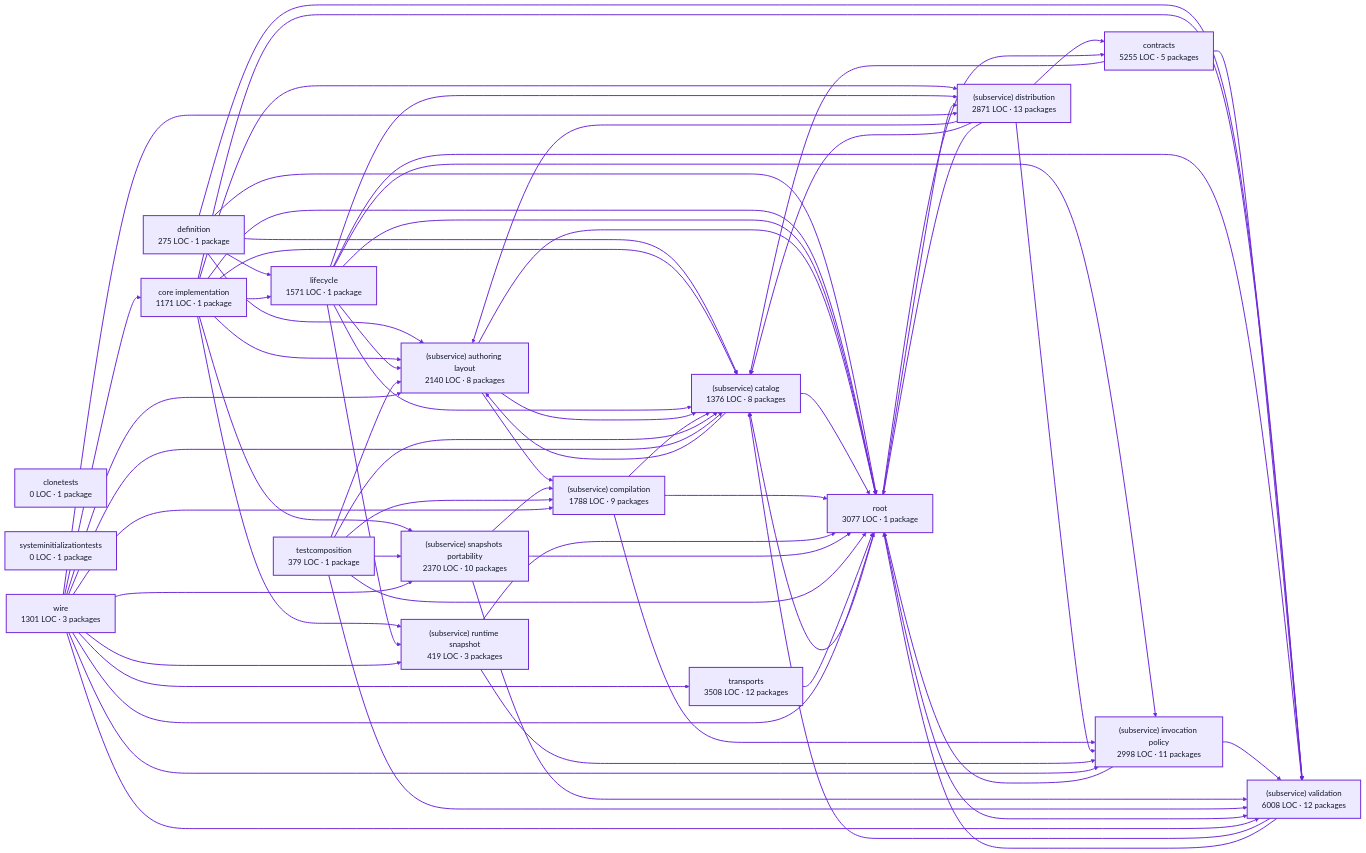
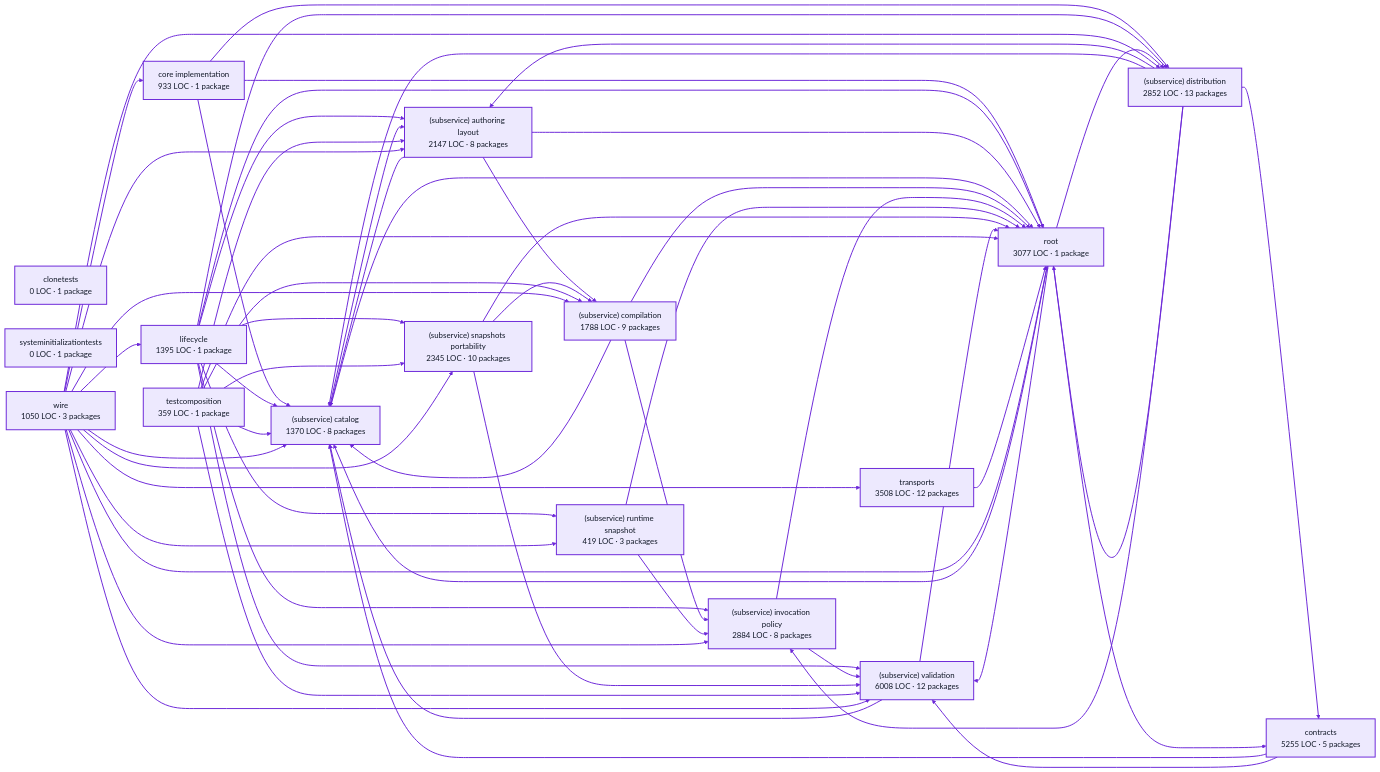
Before and after one commit to portpowered/you-agent-factory: the diagram in docs/architecture/visualizations/services/factory_definitions.md, drawn with Mermaid. The commit also changed other lines of this file and 20 other files, not shown here.

Commit message:
docs: refresh backend architecture visualizations

````diff
--- a/docs/architecture/visualizations/services/factory_definitions.md
+++ b/docs/architecture/visualizations/services/factory_definitions.md
@@ -11,89 +11,80 @@
 ```mermaid
 flowchart LR
   p0["clonetests<br/>0 LOC · 1 package"]
-  p1["definition<br/>275 LOC · 1 package"]
-  p2["core implementation<br/>1171 LOC · 1 package"]
-  p3["contracts<br/>5255 LOC · 5 packages"]
-  p4["lifecycle<br/>1571 LOC · 1 package"]
-  p5["(subservice) authoring layout<br/>2140 LOC · 8 packages"]
-  p6["(subservice) catalog<br/>1376 LOC · 8 packages"]
-  p7["(subservice) compilation<br/>1788 LOC · 9 packages"]
-  p8["(subservice) distribution<br/>2871 LOC · 13 packages"]
-  p9["(subservice) invocation policy<br/>2998 LOC · 11 packages"]
-  p10["(subservice) runtime snapshot<br/>419 LOC · 3 packages"]
-  p11["(subservice) snapshots portability<br/>2370 LOC · 10 packages"]
-  p12["(subservice) validation<br/>6008 LOC · 12 packages"]
-  p13["testcomposition<br/>379 LOC · 1 package"]
-  p14["root<br/>3077 LOC · 1 package"]
-  p15["systeminitializationtests<br/>0 LOC · 1 package"]
-  p16["transports<br/>3508 LOC · 12 packages"]
-  p17["wire<br/>1301 LOC · 3 packages"]
-  p1 --> p4
+  p1["core implementation<br/>933 LOC · 1 package"]
+  p2["contracts<br/>5255 LOC · 5 packages"]
+  p3["lifecycle<br/>1395 LOC · 1 package"]
+  p4["(subservice) authoring layout<br/>2147 LOC · 8 packages"]
+  p5["(subservice) catalog<br/>1370 LOC · 8 packages"]
+  p6["(subservice) compilation<br/>1788 LOC · 9 packages"]
+  p7["(subservice) distribution<br/>2852 LOC · 13 packages"]
+  p8["(subservice) invocation policy<br/>2884 LOC · 8 packages"]
+  p9["(subservice) runtime snapshot<br/>419 LOC · 3 packages"]
+  p10["(subservice) snapshots portability<br/>2345 LOC · 10 packages"]
+  p11["(subservice) validation<br/>6008 LOC · 12 packages"]
+  p12["testcomposition<br/>359 LOC · 1 package"]
+  p13["root<br/>3077 LOC · 1 package"]
+  p14["systeminitializationtests<br/>0 LOC · 1 package"]
+  p15["transports<br/>3508 LOC · 12 packages"]
+  p16["wire<br/>1050 LOC · 3 packages"]
   p1 --> p5
-  p1 --> p6
-  p1 --> p12
-  p1 --> p14
-  p2 --> p4
+  p1 --> p7
+  p1 --> p13
   p2 --> p5
-  p2 --> p6
-  p2 --> p8
-  p2 --> p10
   p2 --> p11
-  p2 --> p12
-  p2 --> p14
-  p3 --> p6
-  p3 --> p12
+  p3 --> p4
+  p3 --> p5
+  p3 --> p7
+  p3 --> p8
+  p3 --> p9
+  p3 --> p10
+  p3 --> p11
+  p3 --> p13
   p4 --> p5
   p4 --> p6
-  p4 --> p8
-  p4 --> p9
-  p4 --> p10
-  p4 --> p12
-  p4 --> p14
-  p5 --> p6
-  p5 --> p7
-  p5 --> p14
+  p4 --> p13
+  p5 --> p4
+  p5 --> p13
   p6 --> p5
-  p6 --> p14
-  p7 --> p6
-  p7 --> p9
-  p7 --> p14
-  p8 --> p3
-  p8 --> p5
-  p8 --> p6
-  p8 --> p9
-  p8 --> p14
-  p9 --> p12
-  p9 --> p14
-  p10 --> p9
-  p10 --> p14
-  p11 --> p7
-  p11 --> p12
-  p11 --> p14
+  p6 --> p8
+  p6 --> p13
+  p7 --> p2
+  p7 --> p4
+  p7 --> p5
+  p7 --> p8
+  p7 --> p13
+  p8 --> p11
+  p8 --> p13
+  p9 --> p8
+  p9 --> p13
+  p10 --> p6
+  p10 --> p11
+  p10 --> p13
+  p11 --> p5
+  p11 --> p13
+  p12 --> p4
+  p12 --> p5
   p12 --> p6
-  p12 --> p14
+  p12 --> p10
+  p12 --> p11
+  p12 --> p13
+  p13 --> p2
   p13 --> p5
-  p13 --> p6
   p13 --> p7
   p13 --> p11
-  p13 --> p12
-  p13 --> p14
-  p14 --> p3
-  p14 --> p6
-  p14 --> p8
-  p14 --> p12
-  p16 --> p14
-  p17 --> p2
-  p17 --> p5
-  p17 --> p6
-  p17 --> p7
-  p17 --> p8
-  p17 --> p9
-  p17 --> p10
-  p17 --> p11
-  p17 --> p12
-  p17 --> p14
-  p17 --> p16
+  p15 --> p13
+  p16 --> p1
+  p16 --> p3
+  p16 --> p4
+  p16 --> p5
+  p16 --> p6
+  p16 --> p7
+  p16 --> p8
+  p16 --> p9
+  p16 --> p10
+  p16 --> p11
+  p16 --> p13
+  p16 --> p15
   style p0 fill:#ede9fe,stroke:#6d28d9,stroke-width:2px,color:#111827
   style p1 fill:#ede9fe,stroke:#6d28d9,stroke-width:2px,color:#111827
   style p2 fill:#ede9fe,stroke:#6d28d9,stroke-width:2px,color:#111827
@@ -111,6 +102,5 @@
   style p14 fill:#ede9fe,stroke:#6d28d9,stroke-width:2px,color:#111827
   style p15 fill:#ede9fe,stroke:#6d28d9,stroke-width:2px,color:#111827
   style p16 fill:#ede9fe,stroke:#6d28d9,stroke-width:2px,color:#111827
-  style p17 fill:#ede9fe,stroke:#6d28d9,stroke-width:2px,color:#111827
   linkStyle default stroke:#6d28d9,stroke-width:2px
 ```
````
